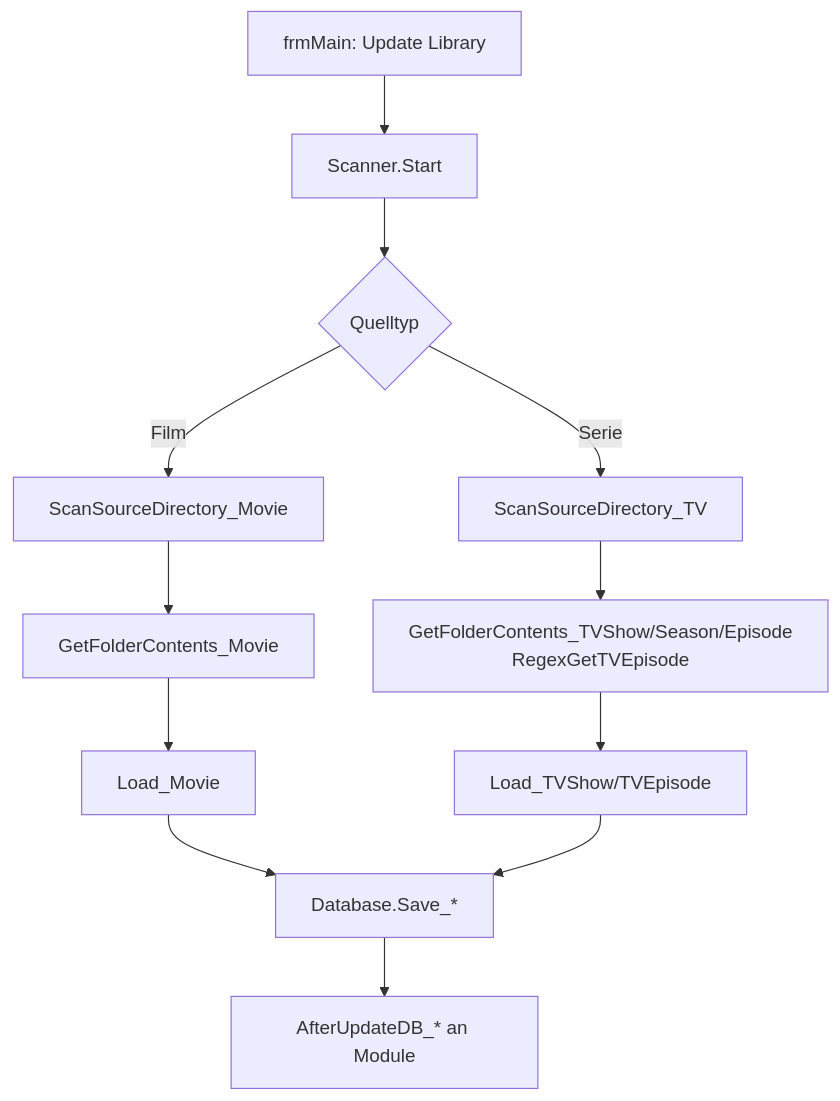
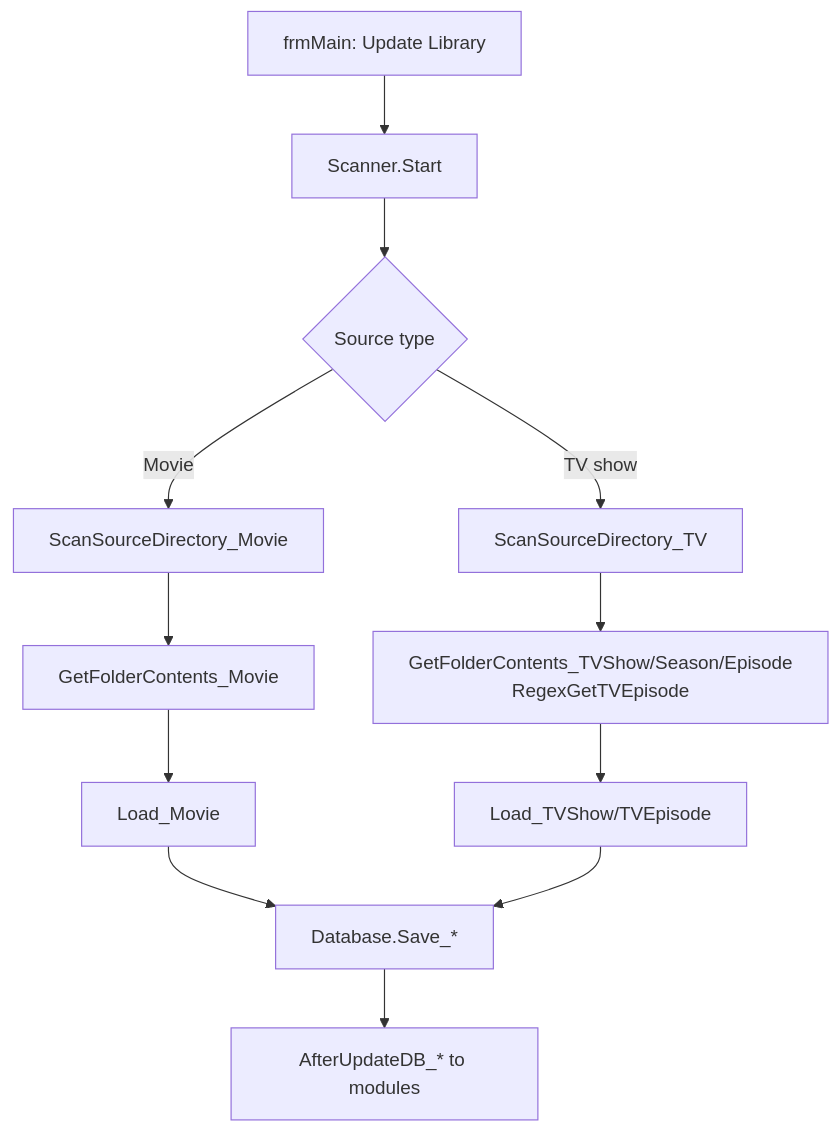
Before and after one commit to martin-stromberg/Ember-Media-Manager: the diagram in docs/help/medienbibliothek/ablauf-technisch.md, drawn with Mermaid. The commit also changed other lines of this file and 49 other files, not shown here.

````diff
--- a/docs/help/medienbibliothek/ablauf-technisch.md
+++ b/docs/help/medienbibliothek/ablauf-technisch.md
@@ -46,14 +46,14 @@
 ```mermaid
 flowchart TD
     A[frmMain: Update Library] --> B[Scanner.Start]
-    B --> C{Quelltyp}
-    C -- Film --> D[ScanSourceDirectory_Movie]
-    C -- Serie --> E[ScanSourceDirectory_TV]
+    B --> C{Source type}
+    C -- Movie --> D[ScanSourceDirectory_Movie]
+    C -- TV show --> E[ScanSourceDirectory_TV]
     D --> F[GetFolderContents_Movie]
     E --> G[GetFolderContents_TVShow/Season/Episode<br/>RegexGetTVEpisode]
     F --> H[Load_Movie]
     G --> I[Load_TVShow/TVEpisode]
     H --> J[Database.Save_*]
     I --> J
-    J --> K[AfterUpdateDB_* an Module]
+    J --> K[AfterUpdateDB_* to modules]
 ```
````
